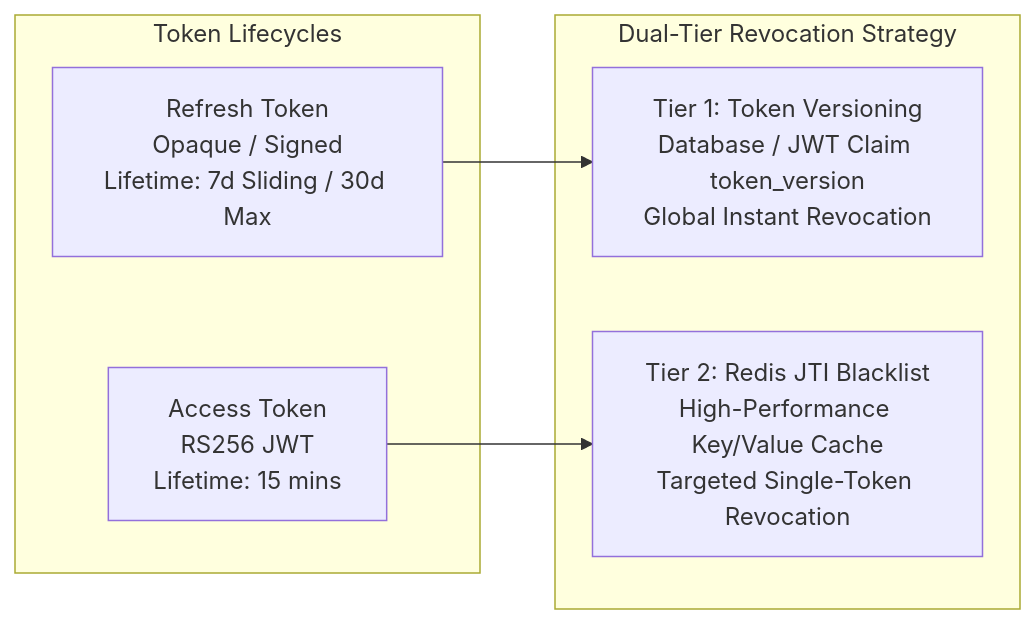
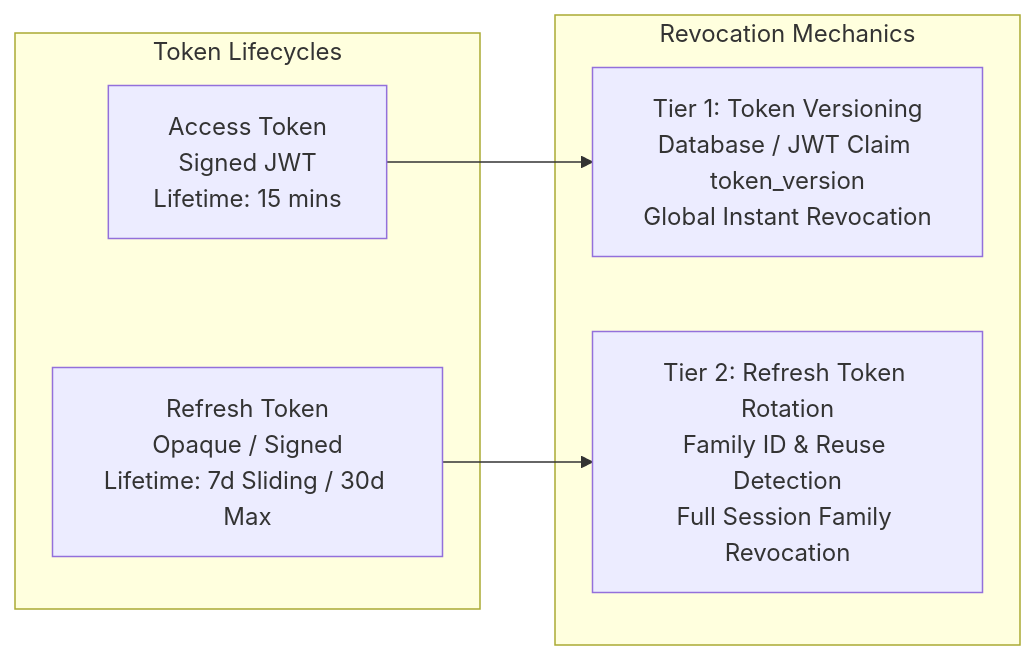
The diagram in docs/security/token-strategy.md (izzydin/kinergy-platform), drawn with Mermaid before and after one commit. The commit also changed other lines of this file and 2 other files, not shown here.

````diff
--- a/docs/security/token-strategy.md
+++ b/docs/security/token-strategy.md
@@ -30,15 +15,15 @@
 ```mermaid
 flowchart LR
     subgraph Token Lifecycles
-        AT[Access Token<br/>RS256 JWT<br/>Lifetime: 15 mins]
+        AT[Access Token<br/>Signed JWT<br/>Lifetime: 15 mins]
         RT[Refresh Token<br/>Opaque / Signed<br/>Lifetime: 7d Sliding / 30d Max]
     end
 
-    subgraph Dual-Tier Revocation Strategy
+    subgraph Revocation Mechanics
         TV[Tier 1: Token Versioning<br/>Database / JWT Claim token_version<br/>Global Instant Revocation]
-        BL[Tier 2: Redis JTI Blacklist<br/>High-Performance Key/Value Cache<br/>Targeted Single-Token Revocation]
+        RTR[Tier 2: Refresh Token Rotation<br/>Family ID & Reuse Detection<br/>Full Session Family Revocation]
     end
 
-    AT --> BL
-    RT --> TV
+    AT --> TV
+    RT --> RTR
 ```
````
